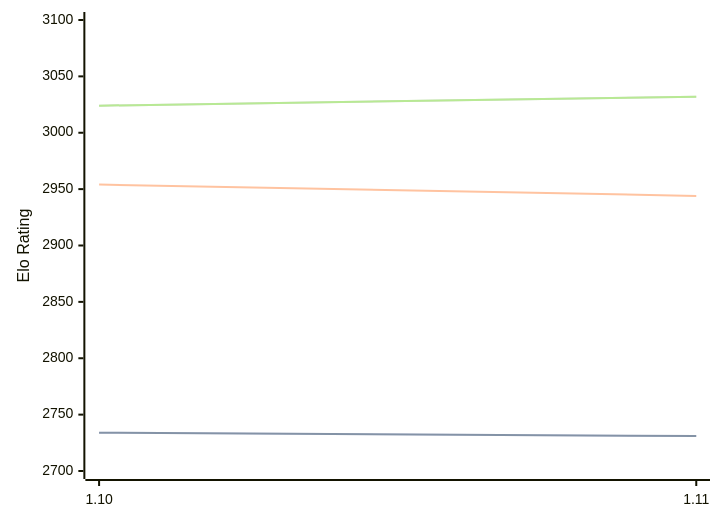
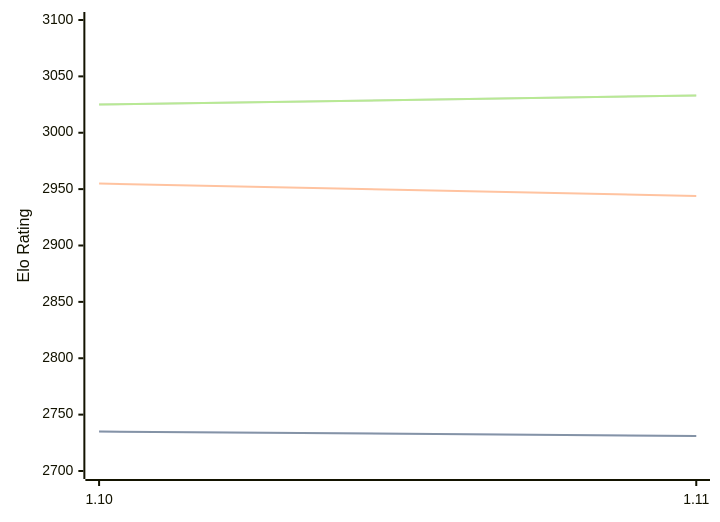
The diagram in engines/Roc.md (computer-chess-index/cci), drawn with Mermaid before and after one commit. The commit also changed other lines of this file, not shown here.

Commit message:
Update CCI Ratings (ELO VLTC) - 2026-08-25

````diff
--- a/engines/Roc.md
+++ b/engines/Roc.md
@@ -42,11 +42,11 @@
 ```mermaid
 %%{init: {"theme":"base","themeVariables":{"seriesColors:['#a3a3a3','#222221','#faa371']}}}%%
 xychart-beta
   x-axis ["1.10", "1.11"]
   y-axis "Elo Rating" 2700 --> 3100
-  line "STC (8.0+0.08s)" [2734, 2731]
-  line "STC (8.0+0.08s)" [2734, 2731]
-  line "LTC (60.0+0.60s)" [2954, 2944]
-  line "VLTC (2m24s+1.12s)" [3024, 3032]
-  line "VLTC (2m24s+1.12s)" [3024, 3032]
+  line "STC (8.0+0.08s)" [2735, 2731]
+  line "STC (8.0+0.08s)" [2735, 2731]
+  line "LTC (60.0+0.60s)" [2955, 2944]
+  line "VLTC (2m24s+1.12s)" [3025, 3033]
+  line "VLTC (2m24s+1.12s)" [3025, 3033]
 ```
````
